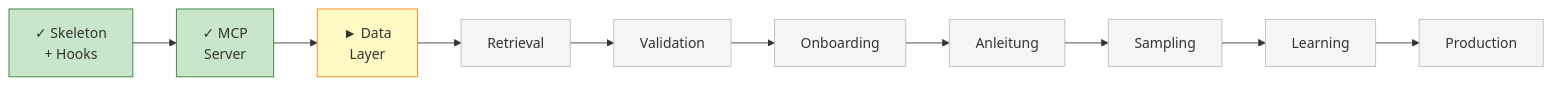
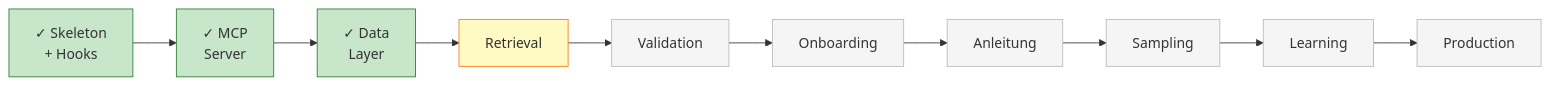
Before and after one commit to JuanWiegmann/IRIS: the seventh of 7 diagrams in ARCHITECTURE.md, drawn with Mermaid. The commit also changed other lines of this file and 7 other files, not shown here.

````diff
--- a/ARCHITECTURE.md
+++ b/ARCHITECTURE.md
@@ -256,26 +256,26 @@
 ```mermaid
 graph LR
     S0[✓ Skeleton<br>+ Hooks]
     S1[✓ MCP<br>Server]
-    S2[► Data<br>Layer]
+    S2[✓ Data<br>Layer]
     S3[Retrieval]
     S4[Validation]
     S5[Onboarding]
     S6[Anleitung]
     S7[Sampling]
     S8[Learning]
     S9[Production]
 
     S0 --> S1 --> S2 --> S3 --> S4 --> S5 --> S6 --> S7 --> S8 --> S9
 
     style S0 fill:#C8E6C9,stroke:#2E7D32
     style S1 fill:#C8E6C9,stroke:#2E7D32
-    style S2 fill:#FFF9C4,stroke:#F57F17
-    style S3 fill:#f5f5f5,stroke:#bbb
+    style S2 fill:#C8E6C9,stroke:#2E7D32
+    style S3 fill:#FFF9C4,stroke:#F57F17
     style S4 fill:#f5f5f5,stroke:#bbb
     style S5 fill:#f5f5f5,stroke:#bbb
     style S6 fill:#f5f5f5,stroke:#bbb
     style S7 fill:#f5f5f5,stroke:#bbb
     style S8 fill:#f5f5f5,stroke:#bbb
     style S9 fill:#f5f5f5,stroke:#bbb
 ```
````
